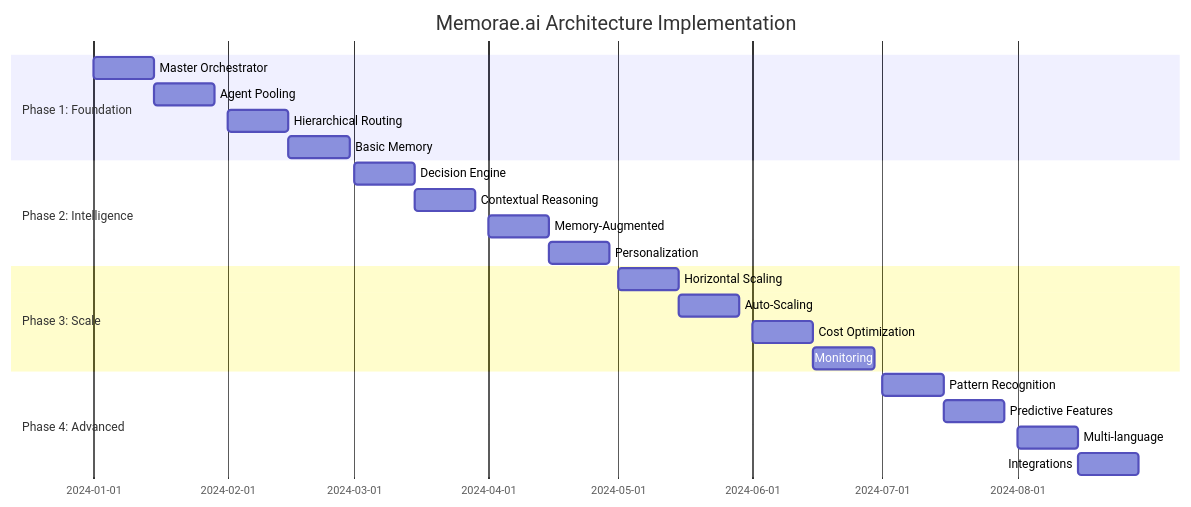
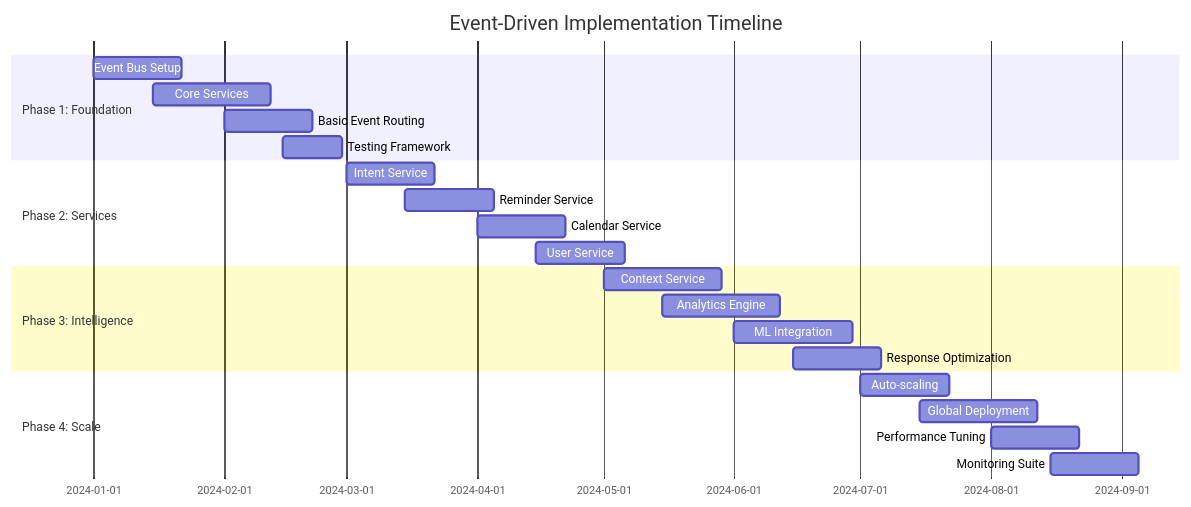
The seventh of 9 diagrams in README.md (KaifAhmad1/memorae), drawn with Mermaid before and after one commit. The commit also changed other lines of this file, not shown here.

````diff
--- a/README.md
+++ b/README.md
@@ -373,28 +425,28 @@
 ```mermaid
 gantt
-    title Memorae.ai Architecture Implementation
+    title Event-Driven Implementation Timeline
     dateFormat  YYYY-MM-DD
     section Phase 1: Foundation
-    Master Orchestrator     :2024-01-01, 14d
-    Agent Pooling          :2024-01-15, 14d
-    Hierarchical Routing   :2024-02-01, 14d
-    Basic Memory          :2024-02-15, 14d
+    Event Bus Setup        :2024-01-01, 21d
+    Core Services         :2024-01-15, 28d
+    Basic Event Routing   :2024-02-01, 21d
+    Testing Framework     :2024-02-15, 14d
     
-    section Phase 2: Intelligence
-    Decision Engine       :2024-03-01, 14d
-    Contextual Reasoning  :2024-03-15, 14d
-    Memory-Augmented     :2024-04-01, 14d
-    Personalization      :2024-04-15, 14d
+    section Phase 2: Services
+    Intent Service        :2024-03-01, 21d
+    Reminder Service      :2024-03-15, 21d
+    Calendar Service      :2024-04-01, 21d
+    User Service         :2024-04-15, 21d
     
-    section Phase 3: Scale
-    Horizontal Scaling   :2024-05-01, 14d
-    Auto-Scaling        :2024-05-15, 14d
-    Cost Optimization   :2024-06-01, 14d
-    Monitoring         :2024-06-15, 14d
+    section Phase 3: Intelligence
+    Context Service       :2024-05-01, 28d
+    Analytics Engine      :2024-05-15, 28d
+    ML Integration       :2024-06-01, 28d
+    Response Optimization :2024-06-15, 21d
     
-    section Phase 4: Advanced
-    Pattern Recognition :2024-07-01, 14d
-    Predictive Features :2024-07-15, 14d
-    Multi-language     :2024-08-01, 14d
-    Integrations      :2024-08-15, 14d
+    section Phase 4: Scale
+    Auto-scaling         :2024-07-01, 21d
+    Global Deployment    :2024-07-15, 28d
+    Performance Tuning   :2024-08-01, 21d
+    Monitoring Suite     :2024-08-15, 21d
 ```
````
